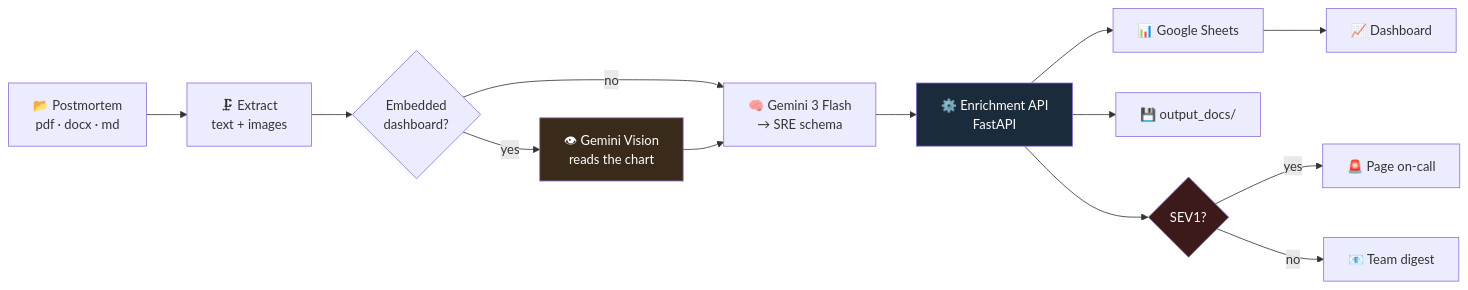
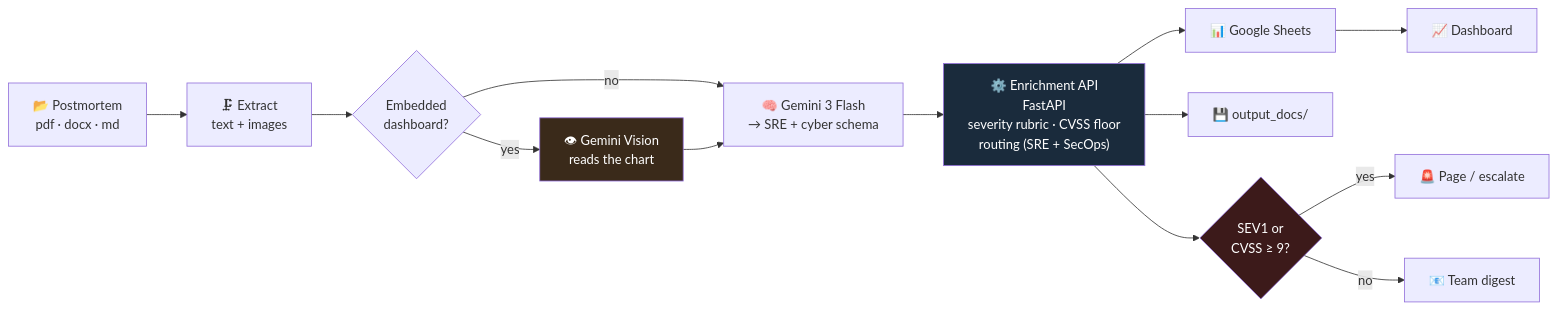
Before and after one commit to reem-mor/hindsight: the diagram in README.md, drawn with Mermaid. The commit also changed other lines of this file and 43 other files, not shown here.

````diff
--- a/README.md
+++ b/README.md
@@ -43,18 +47,18 @@
 ```mermaid
 flowchart LR
     A["📂 Postmortem<br/>pdf · docx · md"] --> B["🗜 Extract<br/>text + images"]
     B --> C{Embedded<br/>dashboard?}
     C -- yes --> V["👁 Gemini Vision<br/>reads the chart"]
     C -- no --> D
-    V --> D["🧠 Gemini 3 Flash<br/>→ SRE schema"]
-    D --> E["⚙️ Enrichment API<br/>FastAPI"]
+    V --> D["🧠 Gemini 3 Flash<br/>→ SRE + cyber schema"]
+    D --> E["⚙️ Enrichment API<br/>FastAPI<br/>severity rubric · CVSS floor<br/>routing (SRE + SecOps)"]
     E --> F["📊 Google Sheets"]
     E --> G["💾 output_docs/"]
-    E --> H{SEV1?}
-    H -- yes --> P["🚨 Page on-call"]
+    E --> H{"SEV1 or<br/>CVSS ≥ 9?"}
+    H -- yes --> P["🚨 Page / escalate"]
     H -- no --> M["📧 Team digest"]
     F --> DASH["📈 Dashboard"]
     style E fill:#1a2b3c,color:#fff
     style V fill:#3a2a1a,color:#fff
     style H fill:#3c1a1a,color:#fff
 ```
````
